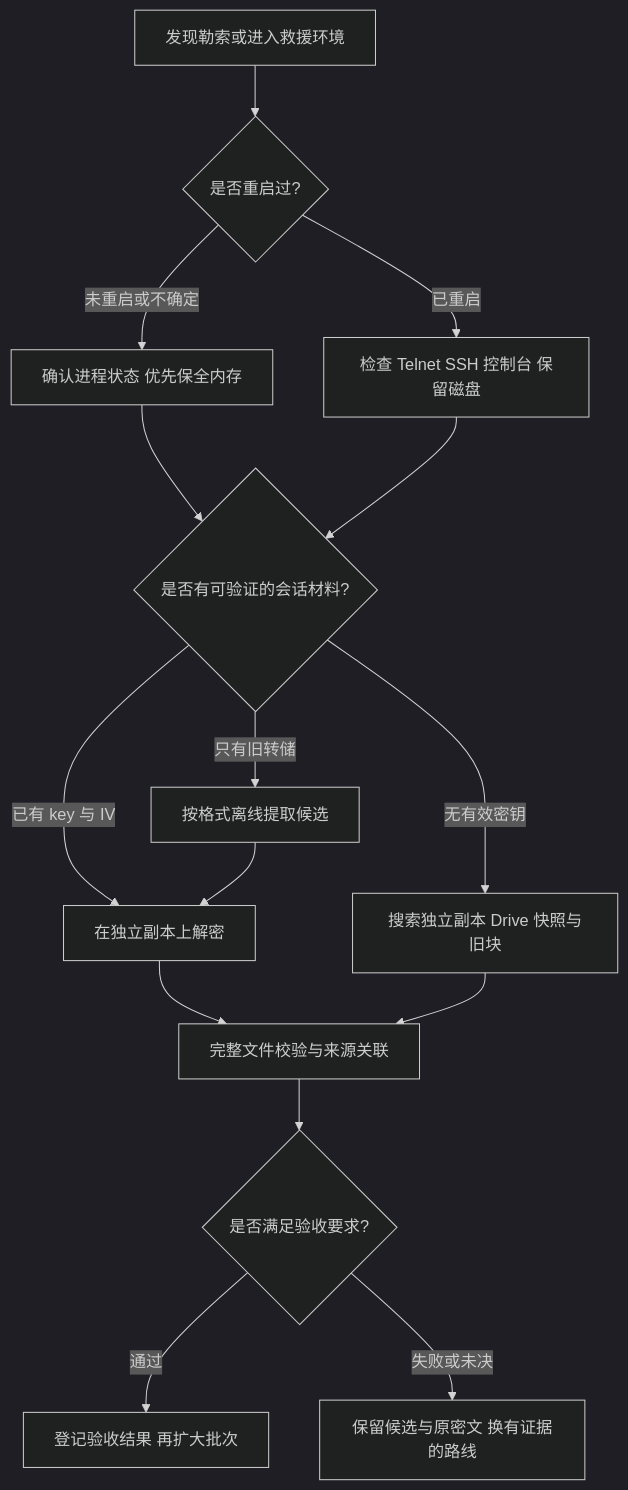
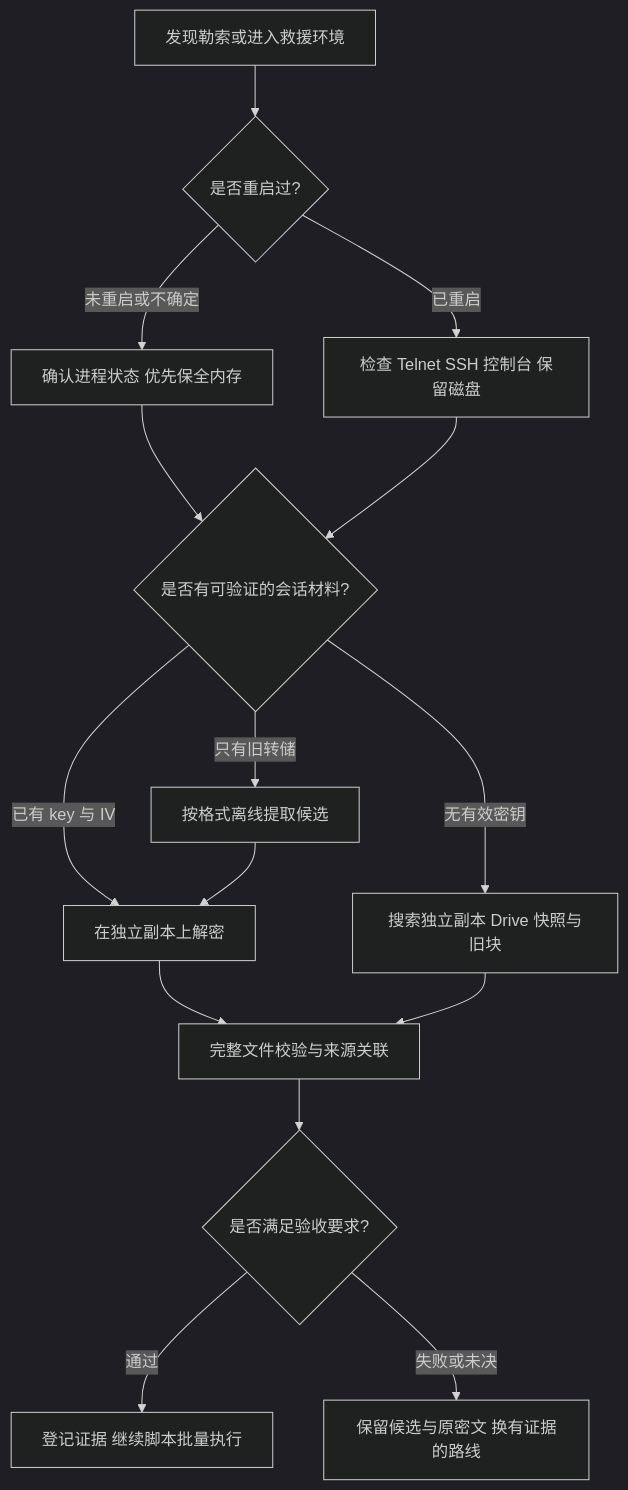
Before and after one commit to hitushen/synology-ransomware-recovery: the diagram in README.md, drawn with Mermaid (dark theme). The commit also changed other lines of this file and 13 other files, not shown here.

````diff
--- a/README.md
+++ b/README.md
@@ -34,17 +34,17 @@
 ```mermaid
 flowchart TD
     A[发现勒索或进入救援环境] --> B{是否重启过?}
     B -->|未重启或不确定| C[确认进程状态 优先保全内存]
     B -->|已重启| D[检查 Telnet SSH 控制台 保留磁盘]
     C --> E{是否有可验证的会话材料?}
     D --> E
     E -->|已有 key 与 IV| F[在独立副本上解密]
     E -->|只有旧转储| G[按格式离线提取候选]
     G --> F
     E -->|无有效密钥| H[搜索独立副本 Drive 快照与旧块]
     F --> I[完整文件校验与来源关联]
     H --> I
     I --> J{是否满足验收要求?}
-    J -->|通过| K[登记验收结果 再扩大批次]
+    J -->|通过| K[登记证据 继续脚本批量执行]
     J -->|失败或未决| L[保留候选与原密文 换有证据的路线]
 ```
````
